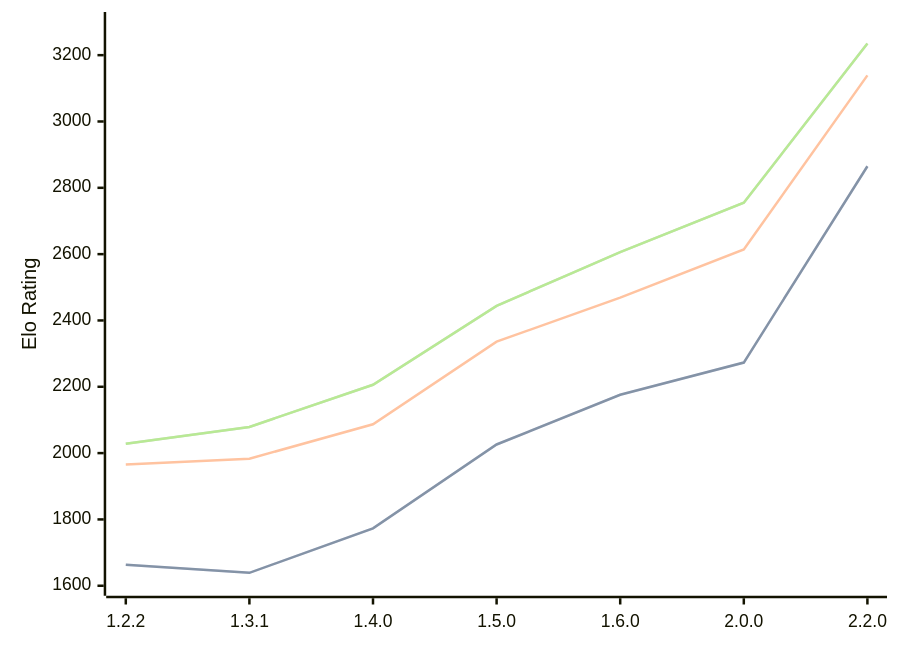
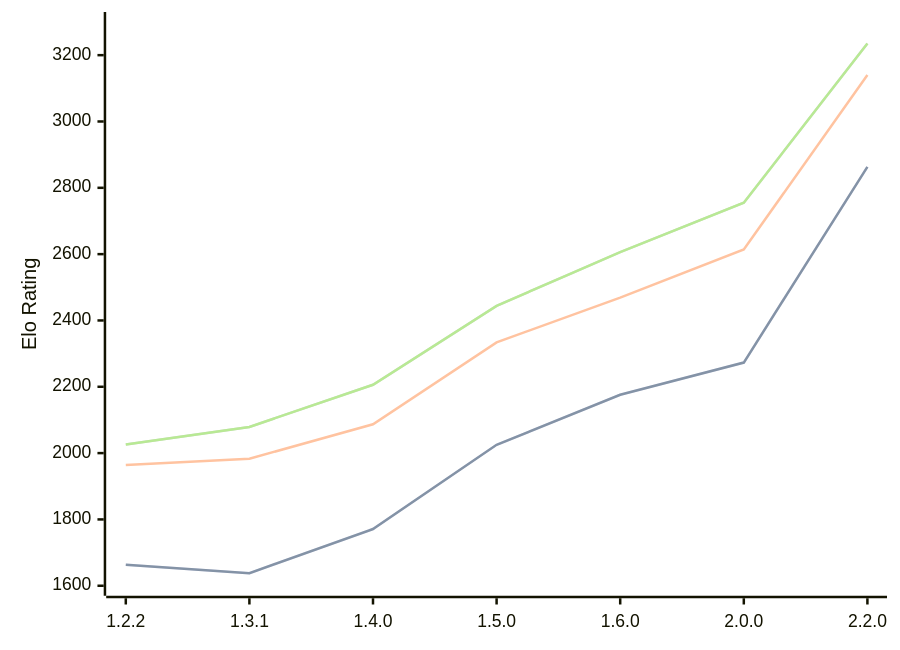
Before and after one commit to computer-chess-index/cci: the diagram in engines/SoloEngine.md, drawn with Mermaid. The commit also changed other lines of this file, not shown here.

Commit message:
Update CCI Ratings (ELO VLTC) - 2026-09-03

````diff
--- a/engines/SoloEngine.md
+++ b/engines/SoloEngine.md
@@ -38,11 +38,11 @@
 ```mermaid
 %%{init: {"theme":"base","themeVariables":{"seriesColors:['#a3a3a3','#222221','#faa371']}}}%%
 xychart-beta
   x-axis ["1.2.2", "1.3.1", "1.4.0", "1.5.0", "1.6.0", "2.0.0", "2.2.0"]
   y-axis "Elo Rating" 1600 --> 3300
-  line "" [1663, 1639, 1773, 2026, 2176, 2273, 2865]
-  line "STC (8.0+0.08s)" [1663, 1639, 1773, 2026, 2176, 2273, 2865]
-  line "LTC (60.0+0.60s)" [1966, 1983, 2087, 2336, 2469, 2614, 3139]
-  line "" [2028, 2079, 2206, 2444, 2606, 2755, 3235]
-  line "VLTC (2m24s+1.12s)" [2028, 2079, 2206, 2444, 2606, 2755, 3235]
+  line "" [1663, 1638, 1771, 2025, 2176, 2273, 2863]
+  line "STC (8.0+0.08s)" [1663, 1638, 1771, 2025, 2176, 2273, 2863]
+  line "LTC (60.0+0.60s)" [1964, 1983, 2087, 2334, 2469, 2614, 3140]
+  line "" [2026, 2079, 2206, 2444, 2606, 2755, 3235]
+  line "VLTC (2m24s+1.12s)" [2026, 2079, 2206, 2444, 2606, 2755, 3235]
 ```
````
